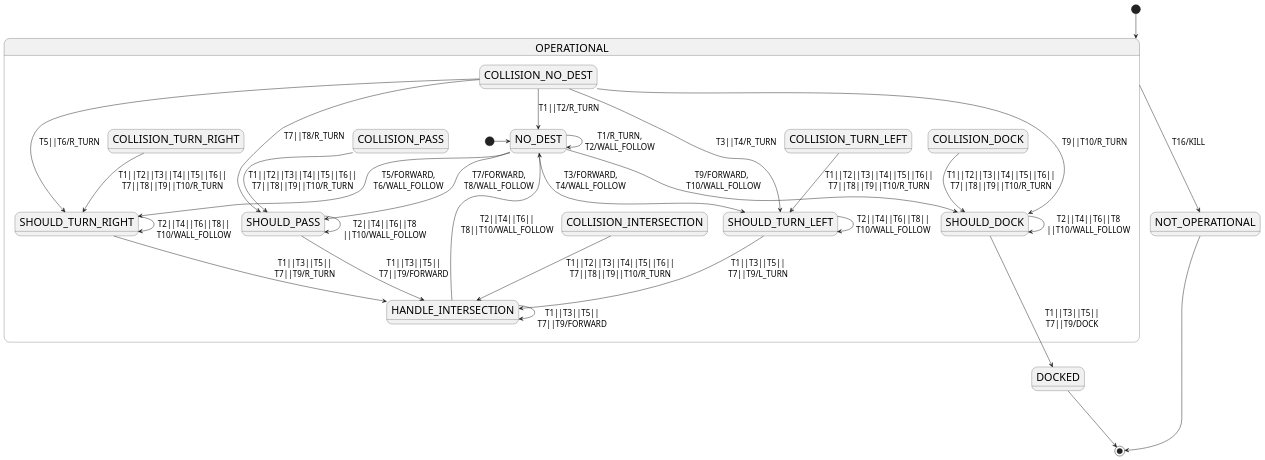
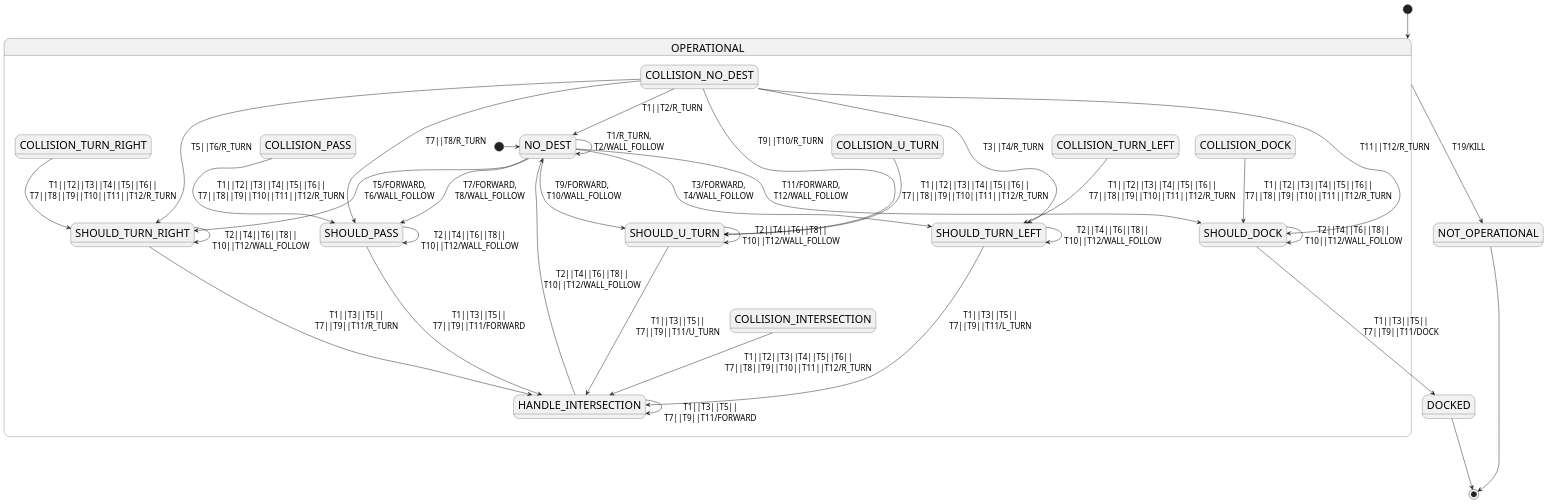
Before and after one commit to bardia-p/carleton-mail-delivery-robot: the diagram in diagrams/src/plantuml_files/state_machine_no_collision.plantuml, drawn with PlantUML. The commit also changed 8 other files, not shown here.

Commit message:
Added U_TURN to the state machine diagrams and updated the UML and ER.

```diff
--- a/diagrams/src/plantuml_files/state_machine_no_collision.plantuml
+++ b/diagrams/src/plantuml_files/state_machine_no_collision.plantuml
@@ -1,60 +1,66 @@
 @startuml state_machine_no_collision
 <style>
 stateDiagram {
   FontSize 24
   arrow {
     FontSize 18
   }
 }
 </style>
 
 [*] --> OPERATIONAL
 
-OPERATIONAL ---> NOT_OPERATIONAL: T16/KILL
+OPERATIONAL ---> NOT_OPERATIONAL: T19/KILL
 NOT_OPERATIONAL ---> [*]
 DOCKED ---> [*]
 
 state OPERATIONAL {
 [*]-> NO_DEST
 
-NO_DEST --> NO_DEST: T1/R_TURN,\nT2/WALL_FOLLOW
+NO_DEST --> NO_DEST: T1/R_TURN,\nT2/WALL_FOLLOW\n
 NO_DEST --> SHOULD_TURN_LEFT: T3/FORWARD,\nT4/WALL_FOLLOW
 NO_DEST --> SHOULD_TURN_RIGHT: T5/FORWARD,\nT6/WALL_FOLLOW
 NO_DEST --> SHOULD_PASS: T7/FORWARD,\nT8/WALL_FOLLOW
-NO_DEST --> SHOULD_DOCK: T9/FORWARD,\t\t\t\nT10/WALL_FOLLOW\t\t\t
+NO_DEST --> SHOULD_U_TURN: T9/FORWARD,\t\t\t\nT10/WALL_FOLLOW\t\t\t
+NO_DEST --> SHOULD_DOCK: T11/FORWARD,\t\t\t\nT12/WALL_FOLLOW\t\t\t
 
 
-SHOULD_TURN_LEFT --> SHOULD_TURN_LEFT: T2||T4||T6||T8||\nT10/WALL_FOLLOW
-SHOULD_TURN_LEFT --> HANDLE_INTERSECTION: T1||T3||T5||\nT7||T9/L_TURN
+SHOULD_TURN_LEFT --> SHOULD_TURN_LEFT: T2||T4||T6||T8||\nT10||T12/WALL_FOLLOW
+SHOULD_TURN_LEFT --> HANDLE_INTERSECTION: T1||T3||T5||\nT7||T9||T11/L_TURN
 
-SHOULD_TURN_RIGHT --> SHOULD_TURN_RIGHT: \nT2||T4||T6||T8||\nT10/WALL_FOLLOW
-SHOULD_TURN_RIGHT --> HANDLE_INTERSECTION: T1||T3||T5||\nT7||T9/R_TURN
+SHOULD_TURN_RIGHT --> SHOULD_TURN_RIGHT: \nT2||T4||T6||T8||\nT10||T12/WALL_FOLLOW
+SHOULD_TURN_RIGHT --> HANDLE_INTERSECTION: T1||T3||T5||\nT7||T9||T11/R_TURN
 
-SHOULD_PASS --> SHOULD_PASS: \nT2||T4||T6||T8\n||T10/WALL_FOLLOW
-SHOULD_PASS --> HANDLE_INTERSECTION: T1||T3||T5||\nT7||T9/FORWARD
+SHOULD_PASS --> SHOULD_PASS: \nT2||T4||T6||T8||\nT10||T12/WALL_FOLLOW
+SHOULD_PASS --> HANDLE_INTERSECTION: T1||T3||T5||\nT7||T9||T11/FORWARD
 
-SHOULD_DOCK --> SHOULD_DOCK: T2||T4||T6||T8\n||T10/WALL_FOLLOW
-SHOULD_DOCK ---> DOCKED: \nT1||T3||T5||\nT7||T9/DOCK
+SHOULD_U_TURN--> SHOULD_U_TURN: T2||T4||T6||T8||\nT10||T12/WALL_FOLLOW
+SHOULD_U_TURN ---> HANDLE_INTERSECTION: \nT1||T3||T5||\nT7||T9||T11/U_TURN
 
+SHOULD_DOCK --> SHOULD_DOCK: T2||T4||T6||T8||\nT10||T12/WALL_FOLLOW
+SHOULD_DOCK ---> DOCKED: \nT1||T3||T5||\nT7||T9||T11/DOCK
 
-HANDLE_INTERSECTION --> NO_DEST: T2||T4||T6||\nT8||T10/WALL_FOLLOW
-HANDLE_INTERSECTION --> HANDLE_INTERSECTION: \nT1||T3||T5||\nT7||T9/FORWARD
+HANDLE_INTERSECTION --> NO_DEST: T2||T4||T6||T8||\nT10||T12/WALL_FOLLOW
+HANDLE_INTERSECTION --> HANDLE_INTERSECTION: \nT1||T3||T5||\nT7||T9||T11/FORWARD
 
 COLLISION_NO_DEST --> NO_DEST: T1||T2/R_TURN
 COLLISION_NO_DEST --> SHOULD_TURN_LEFT: T3||T4/R_TURN
 COLLISION_NO_DEST --> SHOULD_TURN_RIGHT: T5||T6/R_TURN
 COLLISION_NO_DEST --> SHOULD_PASS: T7||T8/R_TURN\n
-COLLISION_NO_DEST --> SHOULD_DOCK: T9||T10/R_TURN
+COLLISION_NO_DEST --> SHOULD_U_TURN: T9||T10/R_TURN\n
+COLLISION_NO_DEST --> SHOULD_DOCK: T11||T12/R_TURN
 
 
-COLLISION_TURN_LEFT --> SHOULD_TURN_LEFT: T1||T2||T3||T4||T5||T6||\nT7||T8||T9||T10/R_TURN
+COLLISION_TURN_LEFT --> SHOULD_TURN_LEFT: T1||T2||T3||T4||T5||T6||\nT7||T8||T9||T10||T11||T12/R_TURN
 
-COLLISION_TURN_RIGHT --> SHOULD_TURN_RIGHT: T1||T2||T3||T4||T5||T6||\nT7||T8||T9||T10/R_TURN
+COLLISION_TURN_RIGHT --> SHOULD_TURN_RIGHT: T1||T2||T3||T4||T5||T6||\nT7||T8||T9||T10||T11||T12/R_TURN
 
-COLLISION_PASS --> SHOULD_PASS: T1||T2||T3||T4||T5||T6||\nT7||T8||T9||T10/R_TURN
+COLLISION_PASS --> SHOULD_PASS: T1||T2||T3||T4||T5||T6||\nT7||T8||T9||T10||T11||T12/R_TURN
 
-COLLISION_DOCK --> SHOULD_DOCK: T1||T2||T3||T4||T5||T6||\nT7||T8||T9||T10/R_TURN
+COLLISION_U_TURN --> SHOULD_U_TURN: T1||T2||T3||T4||T5||T6||\nT7||T8||T9||T10||T11||T12/R_TURN
 
-COLLISION_INTERSECTION --> HANDLE_INTERSECTION: T1||T2||T3||T4||T5||T6||\nT7||T8||T9||T10/R_TURN
+COLLISION_DOCK --> SHOULD_DOCK: T1||T2||T3||T4||T5||T6||\nT7||T8||T9||T10||T11||T12/R_TURN
+
+COLLISION_INTERSECTION --> HANDLE_INTERSECTION: T1||T2||T3||T4||T5||T6||\nT7||T8||T9||T10||T11||T12/R_TURN
 }
 @enduml
```
